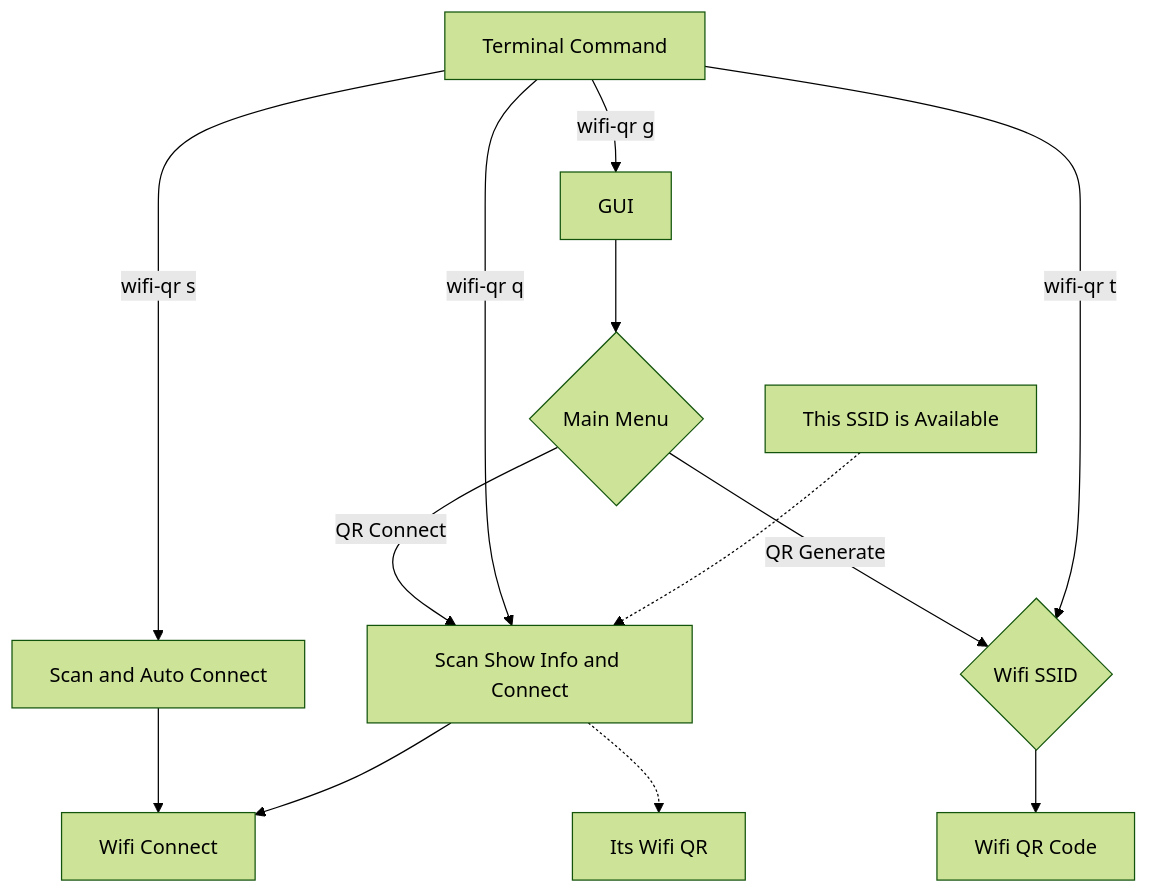
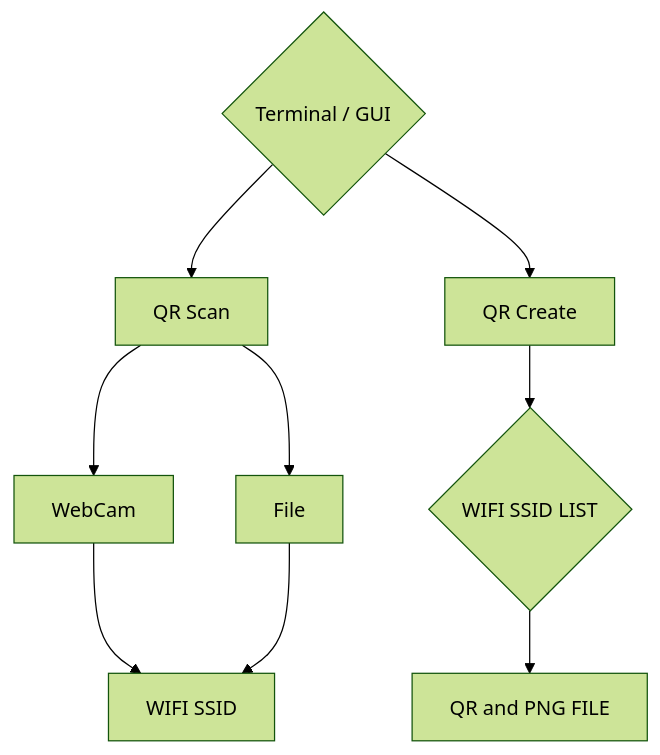
One commit to kokoye2007/wifi-qr changed the diagram in README.md. Above: the diagram before and after it, drawn with Mermaid (forest theme). The commit also changed other lines of this file and 6 other files, not shown here.

````diff
--- a/README.md
+++ b/README.md
@@ -63,18 +94,20 @@
 ```mermaid
 graph TD
+T{Terminal / GUI}
+S[QR Scan]
+W[WebCam]
+F[File]
+Q[QR Create]
+SSID[WIFI SSID]
+PNG[QR and PNG FILE]
+SSID_LIST{WIFI SSID LIST}
 
 
+T --> S
+S --> W --> SSID
+S --> F --> SSID
 
-G[GUI] --> A{Main Menu}
-A -- QR Connect --> Q[Scan Show Info and Connect]
-T[Terminal Command] -- wifi-qr g--> G
-T -- wifi-qr s--> S[Scan and Auto Connect]
-T -- wifi-qr q--> Q
-S --> C[Wifi Connect]
-Q --> C
-A -- QR Generate --> F{Wifi SSID}
-T -- wifi-qr t--> F
-F --> QR[Wifi QR Code]
-Q -.-> WIFIN[Its Wifi QR]
-WIFIA[This SSID is Available]-.->Q
+
+T --> Q
+Q --> SSID_LIST --> PNG
 ```
````
